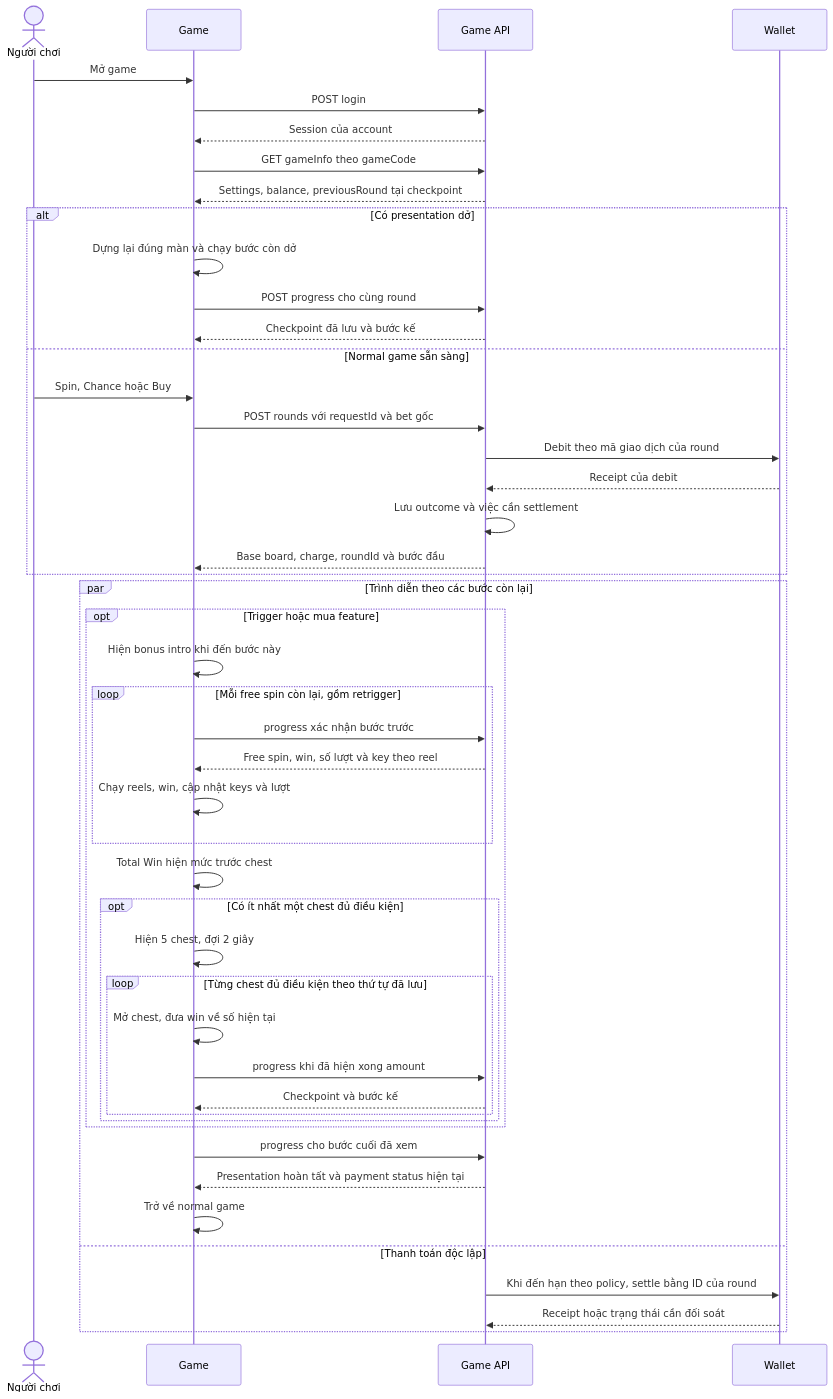
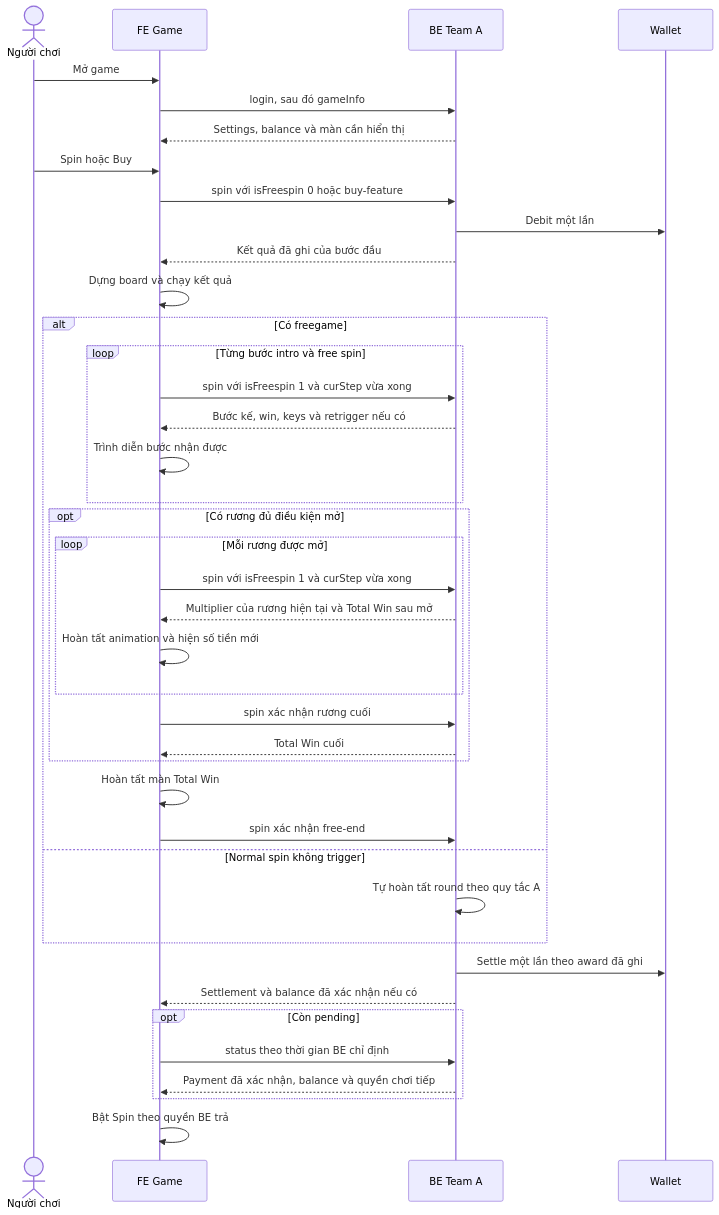
Before and after one commit to phuocthan/TarvernDropTPT: the first of 3 diagrams in docs/game-and-api-flow-krw.md, drawn with Mermaid. The commit also changed other lines of this file and 20 other files, not shown here.

Commit message:
Add standalone game builds and revise the FE-BE API proposal

````diff
--- a/docs/game-and-api-flow-krw.md
+++ b/docs/game-and-api-flow-krw.md
@@ -11,49 +116,42 @@
 ```mermaid
 sequenceDiagram
-    actor P as Người chơi
-    participant G as Game
-    participant A as Game API
+    actor U as Người chơi
+    participant F as FE Game
+    participant B as BE Team A
     participant W as Wallet
-    P->>G: Mở game
-    G->>A: POST login
-    A-->>G: Session của account
-    G->>A: GET gameInfo theo gameCode
-    A-->>G: Settings, balance, previousRound tại checkpoint
-    alt Có presentation dở
-        G->>G: Dựng lại đúng màn và chạy bước còn dở
-        G->>A: POST progress cho cùng round
-        A-->>G: Checkpoint đã lưu và bước kế
-    else Normal game sẵn sàng
-        P->>G: Spin, Chance hoặc Buy
-        G->>A: POST rounds với requestId và bet gốc
-        A->>W: Debit theo mã giao dịch của round
-        W-->>A: Receipt của debit
-        A->>A: Lưu outcome và việc cần settlement
-        A-->>G: Base board, charge, roundId và bước đầu
+    U->>F: Mở game
+    F->>B: login, sau đó gameInfo
+    B-->>F: Settings, balance và màn cần hiển thị
+    U->>F: Spin hoặc Buy
+    F->>B: spin với isFreespin 0 hoặc buy-feature
+    B->>W: Debit một lần
+    B-->>F: Kết quả đã ghi của bước đầu
+    F->>F: Dựng board và chạy kết quả
+    alt Có freegame
+        loop Từng bước intro và free spin
+            F->>B: spin với isFreespin 1 và curStep vừa xong
+            B-->>F: Bước kế, win, keys và retrigger nếu có
+            F->>F: Trình diễn bước nhận được
+        end
+        opt Có rương đủ điều kiện mở
+            loop Mỗi rương được mở
+                F->>B: spin với isFreespin 1 và curStep vừa xong
+                B-->>F: Multiplier của rương hiện tại và Total Win sau mở
+                F->>F: Hoàn tất animation và hiện số tiền mới
+            end
+            F->>B: spin xác nhận rương cuối
+            B-->>F: Total Win cuối
+        end
+        F->>F: Hoàn tất màn Total Win
+        F->>B: spin xác nhận free-end
+    else Normal spin không trigger
+        B->>B: Tự hoàn tất round theo quy tắc A
     end
-    par Trình diễn theo các bước còn lại
-        opt Trigger hoặc mua feature
-            G->>G: Hiện bonus intro khi đến bước này
-            loop Mỗi free spin còn lại, gồm retrigger
-                G->>A: progress xác nhận bước trước
-                A-->>G: Free spin, win, số lượt và key theo reel
-                G->>G: Chạy reels, win, cập nhật keys và lượt
-            end
-            G->>G: Total Win hiện mức trước chest
-            opt Có ít nhất một chest đủ điều kiện
-                G->>G: Hiện 5 chest, đợi 2 giây
-                loop Từng chest đủ điều kiện theo thứ tự đã lưu
-                    G->>G: Mở chest, đưa win về số hiện tại
-                    G->>A: progress khi đã hiện xong amount
-                    A-->>G: Checkpoint và bước kế
-                end
-            end
-        end
-        G->>A: progress cho bước cuối đã xem
-        A-->>G: Presentation hoàn tất và payment status hiện tại
-        G->>G: Trở về normal game
-    and Thanh toán độc lập
-        A->>W: Khi đến hạn theo policy, settle bằng ID của round
-        W-->>A: Receipt hoặc trạng thái cần đối soát
+    B->>W: Settle một lần theo award đã ghi
+    B-->>F: Settlement và balance đã xác nhận nếu có
+    opt Còn pending
+        F->>B: status theo thời gian BE chỉ định
+        B-->>F: Payment đã xác nhận, balance và quyền chơi tiếp
     end
+    F->>F: Bật Spin theo quyền BE trả
 ```
````
